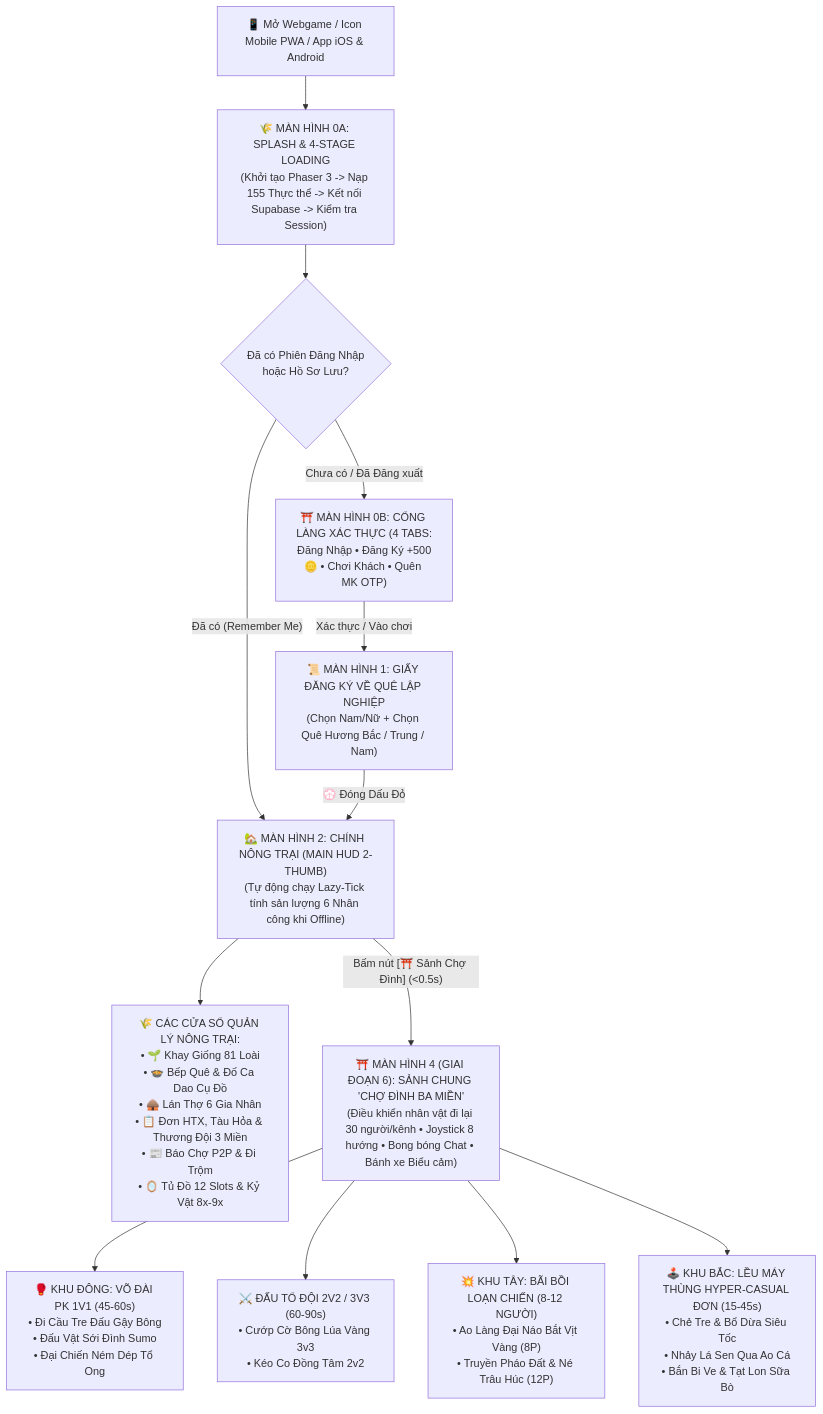
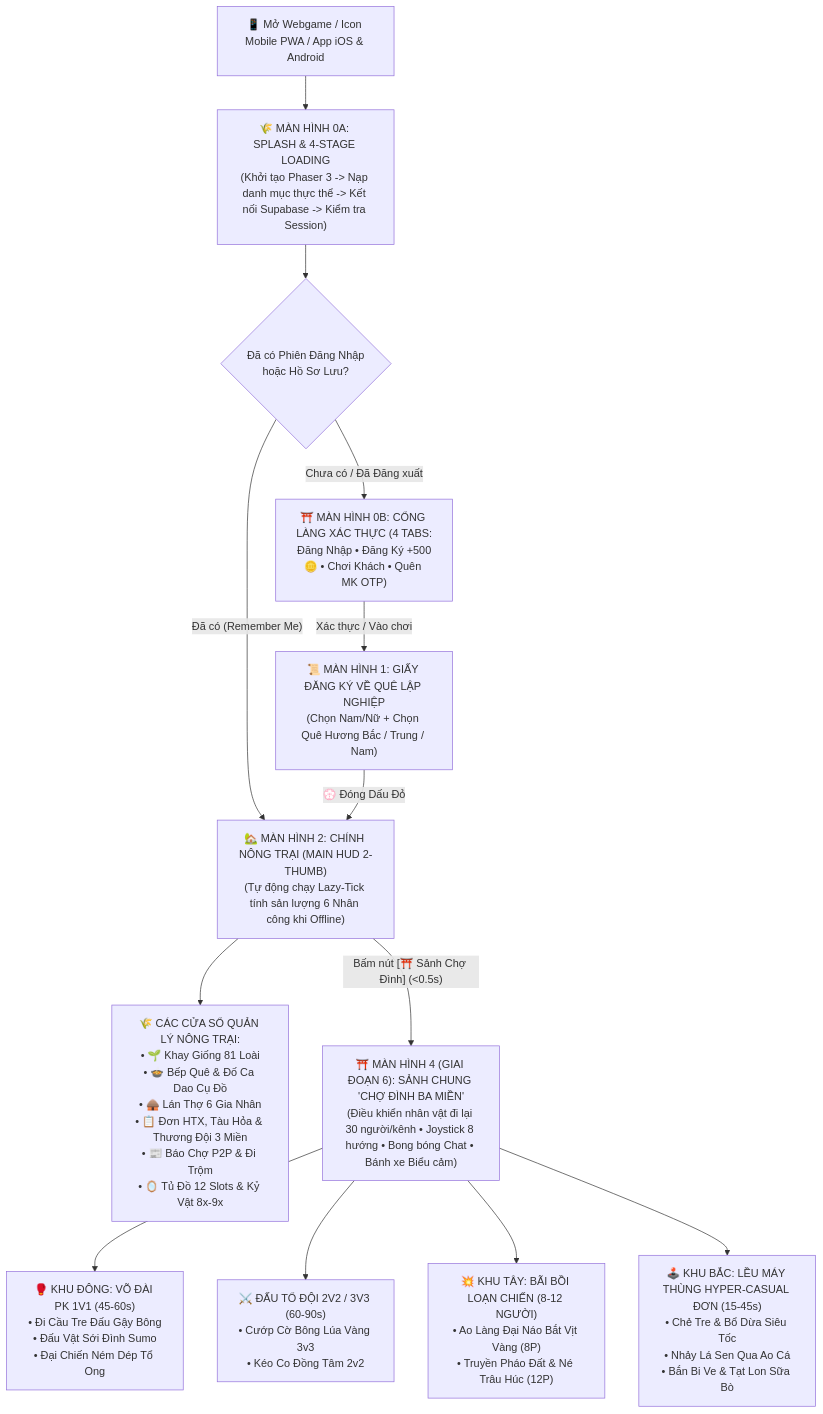
The diagram in 06_MASTER_UI_UX_Wireframe_Va_Flow_Toan_Bo_Tinh_Nang.md (ducpham2806/VAC_Online), drawn with Mermaid before and after one commit. The commit also changed 9 other files, not shown here.

````diff
--- a/06_MASTER_UI_UX_Wireframe_Va_Flow_Toan_Bo_Tinh_Nang.md
+++ b/06_MASTER_UI_UX_Wireframe_Va_Flow_Toan_Bo_Tinh_Nang.md
@@ -12,20 +12,20 @@
 ```mermaid
 flowchart TD
-    Boot["📱 Mở Webgame / Icon Mobile PWA / App iOS & Android"] --> Splash["🌾 MÀN HÌNH 0A: SPLASH & 4-STAGE LOADING\n(Khởi tạo Phaser 3 -> Nạp 155 Thực thể -> Kết nối Supabase -> Kiểm tra Session)"]
+    Boot["📱 Mở Webgame / Icon Mobile PWA / App iOS & Android"] --> Splash["🌾 MÀN HÌNH 0A: SPLASH & 4-STAGE LOADING\n(Khởi tạo Phaser 3 -> Nạp danh mục thực thể -> Kết nối Supabase -> Kiểm tra Session)"]
 
     Splash --> HasSession{"Đã có Phiên Đăng Nhập\nhoặc Hồ Sơ Lưu?"}
     HasSession -- "Đã có (Remember Me)" --> MainHUD["🏡 MÀN HÌNH 2: CHÍNH NÔNG TRẠI (MAIN HUD 2-THUMB)\n(Tự động chạy Lazy-Tick tính sản lượng 6 Nhân công khi Offline)"]
     HasSession -- "Chưa có / Đã Đăng xuất" --> AuthGate["⛩️ MÀN HÌNH 0B: CỔNG LÀNG XÁC THỰC (4 TABS:\nĐăng Nhập • Đăng Ký +500🪙 • Chơi Khách • Quên MK OTP)"]
 
     AuthGate -- "Xác thực / Vào chơi" --> CharSelect["📜 MÀN HÌNH 1: GIẤY ĐĂNG KÝ VỀ QUÊ LẬP NGHIỆP\n(Chọn Nam/Nữ + Chọn Quê Hương Bắc / Trung / Nam)"]
     CharSelect -- "💮 Đóng Dấu Đỏ" --> MainHUD
 
     MainHUD --> FarmModals["🌾 CÁC CỬA SỔ QUẢN LÝ NÔNG TRẠI:\n• 🌱 Khay Giống 81 Loài\n• 🍲 Bếp Quê & Đố Ca Dao Cụ Đồ\n• 🛖 Lán Thợ 6 Gia Nhân\n• 📋 Đơn HTX, Tàu Hỏa & Thương Đội 3 Miền\n• 📰 Báo Chợ P2P & Đi Trộm\n• 🪞 Tủ Đồ 12 Slots & Kỷ Vật 8x-9x"]
 
     MainHUD -- "Bấm nút [⛩️ Sảnh Chợ Đình] (<0.5s)" --> PlazaHUD["⛩️ MÀN HÌNH 4 (GIAI ĐOẠN 6): SẢNH CHUNG 'CHỢ ĐÌNH BA MIỀN'\n(Điều khiển nhân vật đi lại 30 người/kênh • Joystick 8 hướng • Bong bóng Chat • Bánh xe Biểu cảm)"]
 
     PlazaHUD --> ZonePK["🥊 KHU ĐÔNG: VÕ ĐÀI PK 1V1 (45-60s)\n• Đi Cầu Tre Đấu Gậy Bông\n• Đấu Vật Sới Đình Sumo\n• Đại Chiến Ném Dép Tổ Ong"]
     PlazaHUD --> ZoneTeam["⚔️ ĐẤU TỔ ĐỘI 2V2 / 3V3 (60-90s)\n• Cướp Cờ Bông Lúa Vàng 3v3\n• Kéo Co Đồng Tâm 2v2"]
     PlazaHUD --> ZoneBrawl["💥 KHU TÂY: BÃI BỒI LOẠN CHIẾN (8-12 NGƯỜI)\n• Ao Làng Đại Náo Bắt Vịt Vàng (8P)\n• Truyền Pháo Đất & Né Trâu Húc (12P)"]
     PlazaHUD --> ZoneHC["🕹️ KHU BẮC: LỀU MÁY THÙNG HYPER-CASUAL ĐƠN (15-45s)\n• Chẻ Tre & Bổ Dừa Siêu Tốc\n• Nhảy Lá Sen Qua Ao Cá\n• Bắn Bi Ve & Tạt Lon Sữa Bò"]
 ```
````
